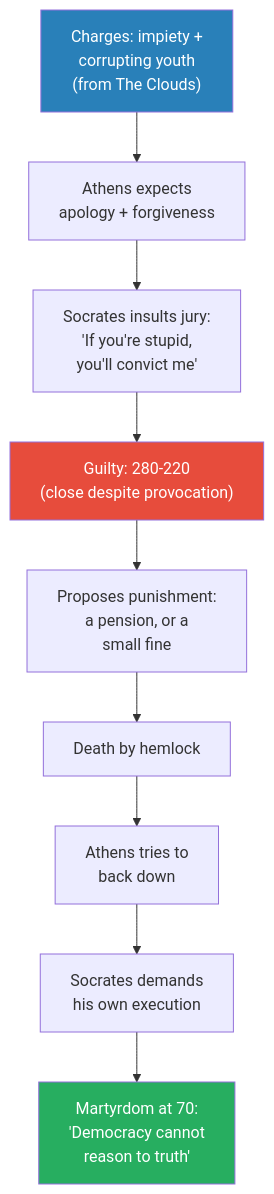
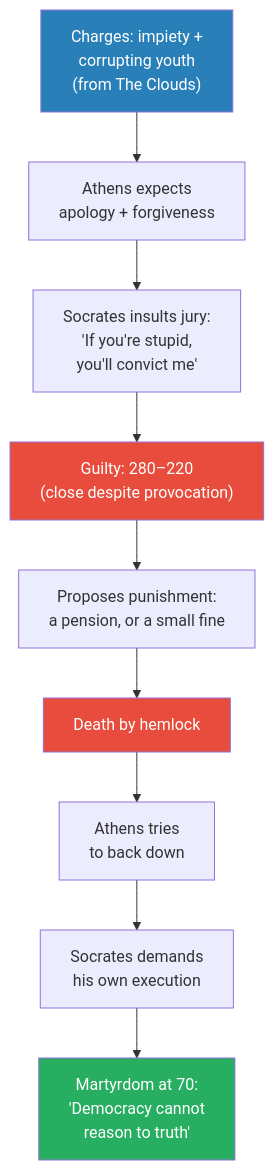
Before and after one commit to alius33/reader: the third of 9 diagrams in summaries/Lectures/Civilization/10 - The Trial of Socrates and Plato's Allegory of the Cave.md, drawn with Mermaid. The commit also changed other lines of this file and 26 other files, not shown here.

````diff
--- a/summaries/Lectures/Civilization/10 - The Trial of Socrates and Plato's Allegory of the Cave.md
+++ b/summaries/Lectures/Civilization/10 - The Trial of Socrates and Plato's Allegory of the Cave.md
@@ -215,14 +185,15 @@
 ```mermaid
 flowchart TB
     C["Charges: impiety +<br/>corrupting youth<br/>(from The Clouds)"] --> E["Athens expects<br/>apology + forgiveness"]
     E --> S["Socrates insults jury:<br/>'If you're stupid,<br/>you'll convict me'"]
-    S --> G["Guilty: 280-220<br/>(close despite provocation)"]
-    G --> P["Proposes punishment:<br/>a pension, or a<br/>small fine"]
+    S --> G["Guilty: 280–220<br/>(close despite provocation)"]
+    G --> P["Proposes punishment:<br/>a pension, or a small fine"]
     P --> D["Death by hemlock"]
-    D --> B["Athens tries to<br/>back down"]
+    D --> B["Athens tries<br/>to back down"]
     B --> I["Socrates demands<br/>his own execution"]
     I --> M["Martyrdom at 70:<br/>'Democracy cannot<br/>reason to truth'"]
     style C fill:#2980b9,color:#fff
     style G fill:#e74c3c,color:#fff
+    style D fill:#e74c3c,color:#fff
     style M fill:#27ae60,color:#fff
 ```
````
